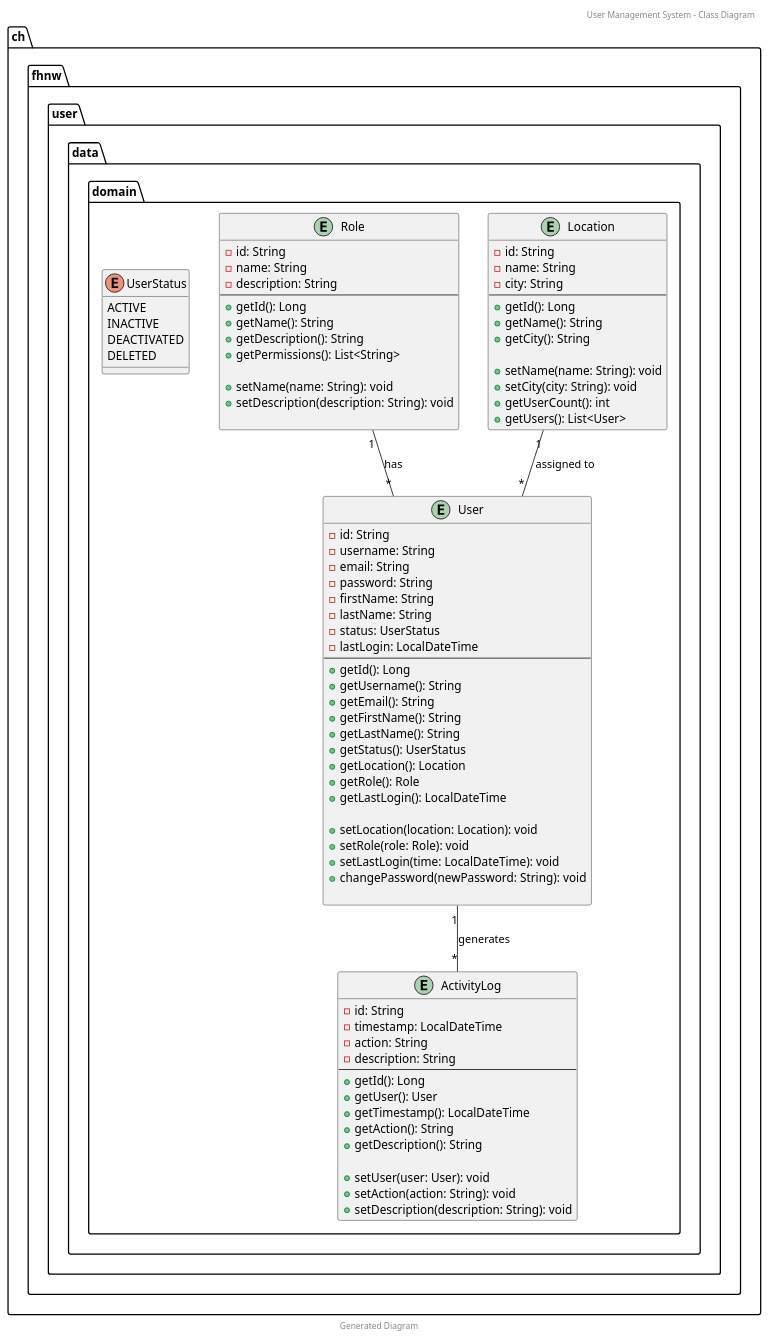
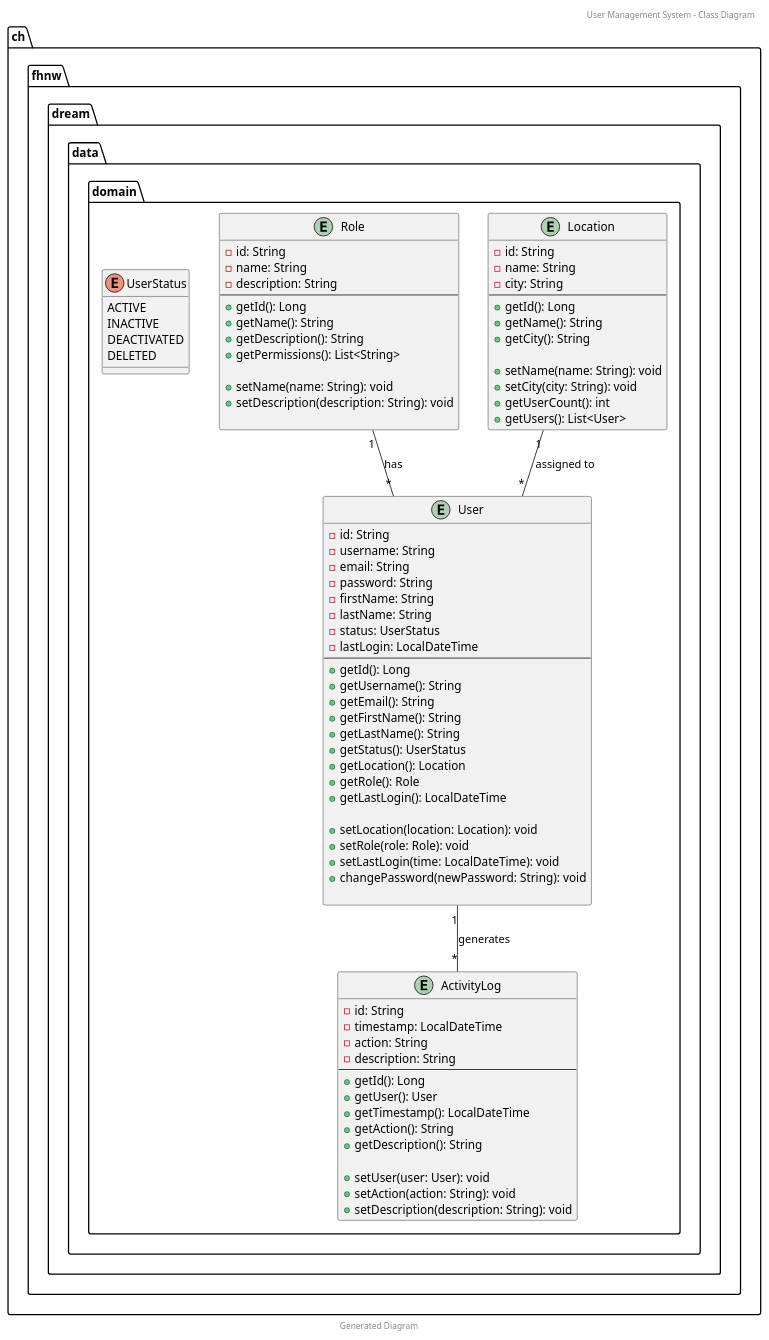
One commit to NikolaMatovic/DayDream changed the diagram in doc/class-diagram.plantuml. Above: the diagram before and after it, drawn with PlantUML. The commit also changed 52 other files, not shown here.

```diff
--- a/doc/class-diagram.plantuml
+++ b/doc/class-diagram.plantuml
@@ -1,94 +1,94 @@
 @startuml
 header User Management System - Class Diagram
 footer Generated Diagram
 
 ' Domain Classes
-package "ch.fhnw.user.data.domain" {
+package "ch.fhnw.dream.data.domain" {
 
     entity User {
         - id: String
         - username: String
         - email: String
         - password: String
         - firstName: String
         - lastName: String
         - status: UserStatus
         - lastLogin: LocalDateTime
         --
         + getId(): Long
         + getUsername(): String
         + getEmail(): String
         + getFirstName(): String
         + getLastName(): String
         + getStatus(): UserStatus
         + getLocation(): Location
         + getRole(): Role
         + getLastLogin(): LocalDateTime
 
         + setLocation(location: Location): void
         + setRole(role: Role): void
         + setLastLogin(time: LocalDateTime): void
         + changePassword(newPassword: String): void
 
     }
 
     entity Location {
         - id: String
         - name: String
         - city: String
         --
         + getId(): Long
         + getName(): String
         + getCity(): String
 
         + setName(name: String): void
         + setCity(city: String): void
         + getUserCount(): int
         + getUsers(): List<User>
     }
 
     entity Role {
         - id: String
         - name: String
         - description: String
         --
         + getId(): Long
         + getName(): String
         + getDescription(): String
         + getPermissions(): List<String>
         
         + setName(name: String): void
         + setDescription(description: String): void
       
     }
 
     entity ActivityLog {
         - id: String
         - timestamp: LocalDateTime
         - action: String
         - description: String
         --
         + getId(): Long
         + getUser(): User
         + getTimestamp(): LocalDateTime
         + getAction(): String
         + getDescription(): String
 
         + setUser(user: User): void
         + setAction(action: String): void
         + setDescription(description: String): void
     }
 
     enum UserStatus {
         ACTIVE
         INACTIVE
         DEACTIVATED
         DELETED
     }
 }
 
 ' Relationships
 Location "1" -- "*" User : assigned to
 Role "1" -- "*" User : has
 User "1" -- "*" ActivityLog : generates
 @enduml
```
